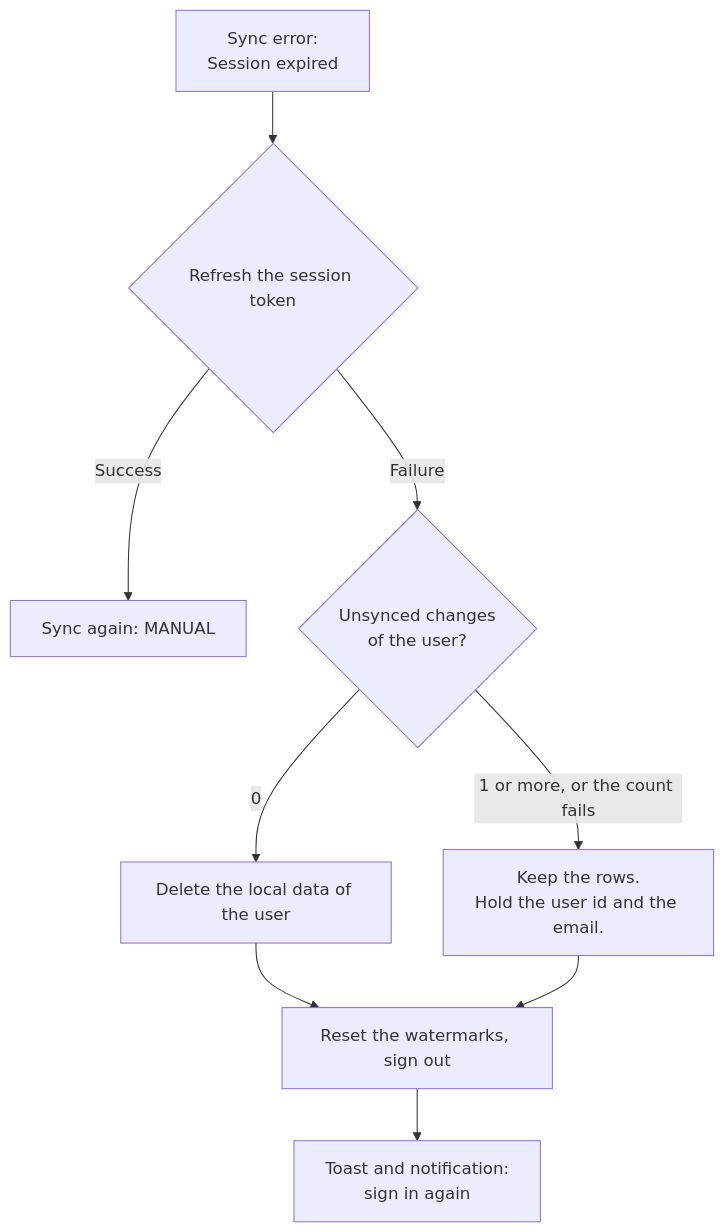
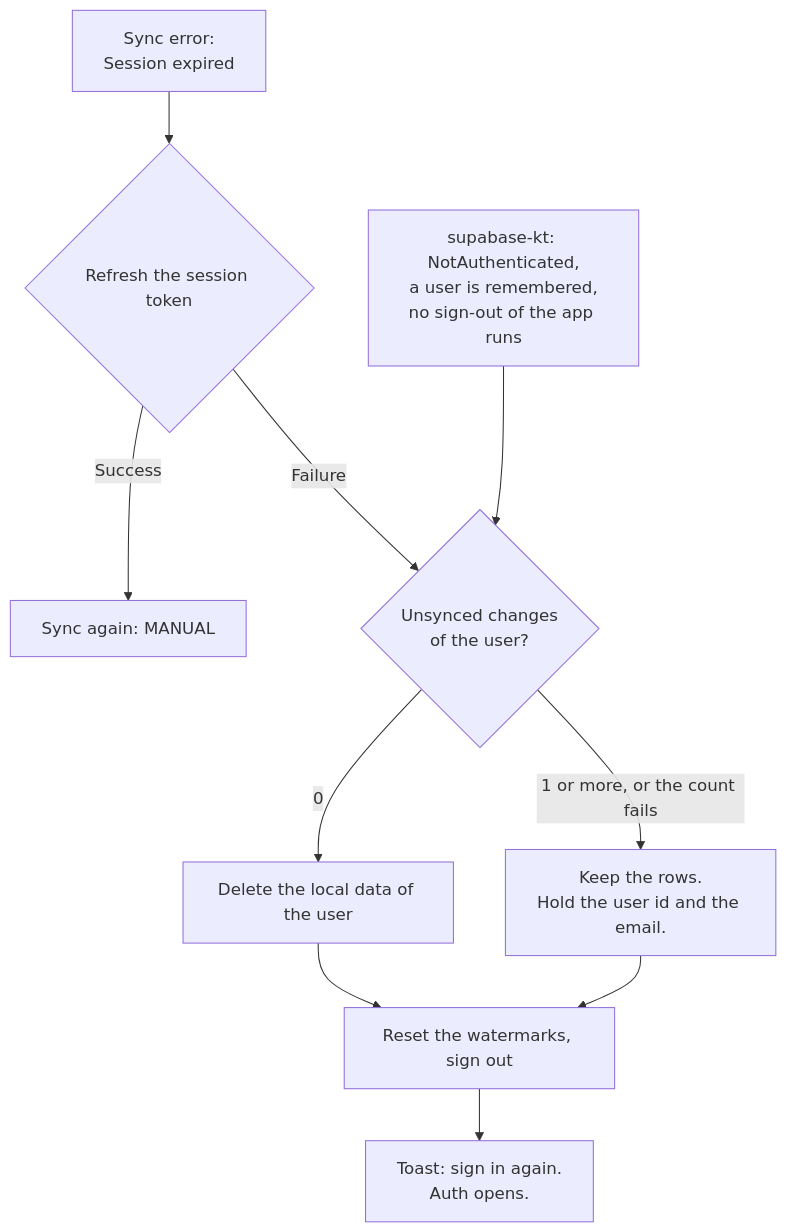
Diagram 11 of 11 in docs/sync-flow.md (jokot/habit-tracker), drawn with Mermaid before and after one commit. The commit also changed other lines of this file and 10 other files, not shown here.

````diff
--- a/docs/sync-flow.md
+++ b/docs/sync-flow.md
@@ -301,10 +301,11 @@
 ```mermaid
 flowchart TD
     ERR["Sync error:<br/>Session expired"] --> REFRESH{"Refresh the session token"}
     REFRESH -- "Success" --> AGAIN["Sync again: MANUAL"]
     REFRESH -- "Failure" --> COUNT{"Unsynced changes<br/>of the user?"}
+    NOSESSION["supabase-kt: NotAuthenticated,<br/>a user is remembered,<br/>no sign-out of the app runs"] --> COUNT
     COUNT -- "0" --> WIPE["Delete the local data of the user"]
     COUNT -- "1 or more, or the count fails" --> HOLD["Keep the rows.<br/>Hold the user id and the email."]
     WIPE & HOLD --> SIGNOUT["Reset the watermarks, sign out"]
-    SIGNOUT --> TOAST["Toast and notification:<br/>sign in again"]
+    SIGNOUT --> TOAST["Toast: sign in again.<br/>Auth opens."]
 ```
````
